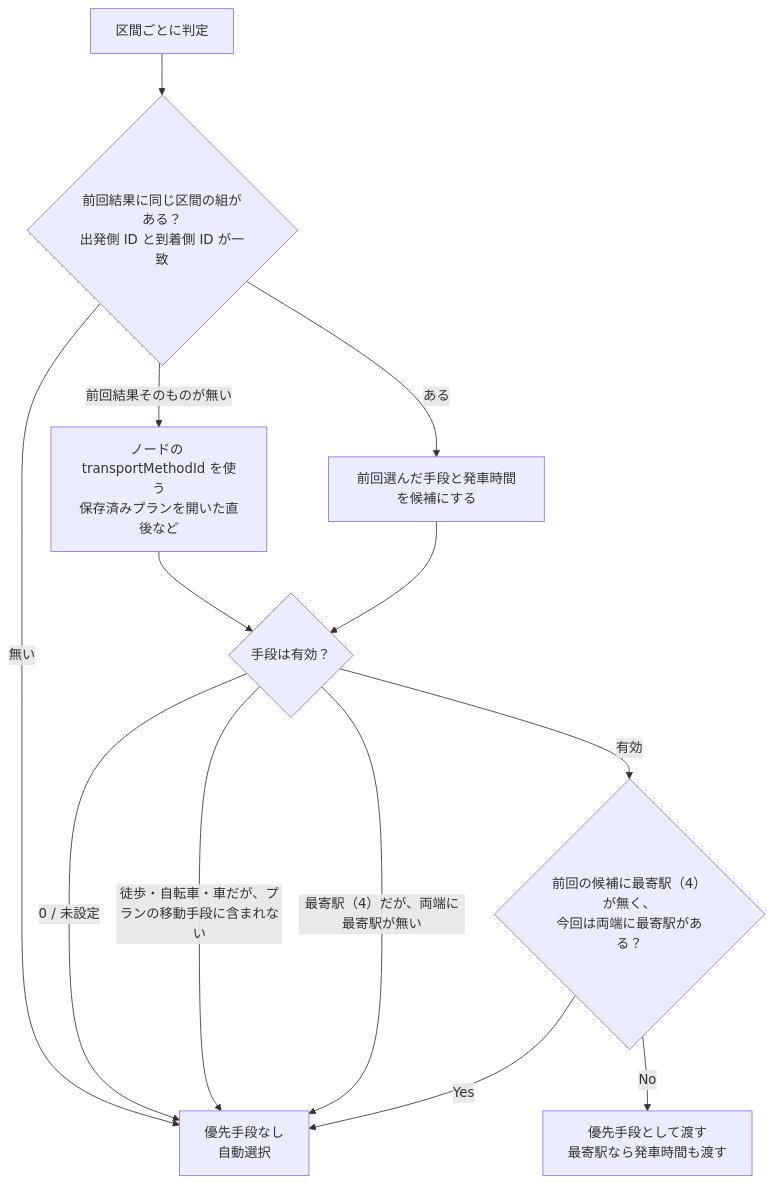
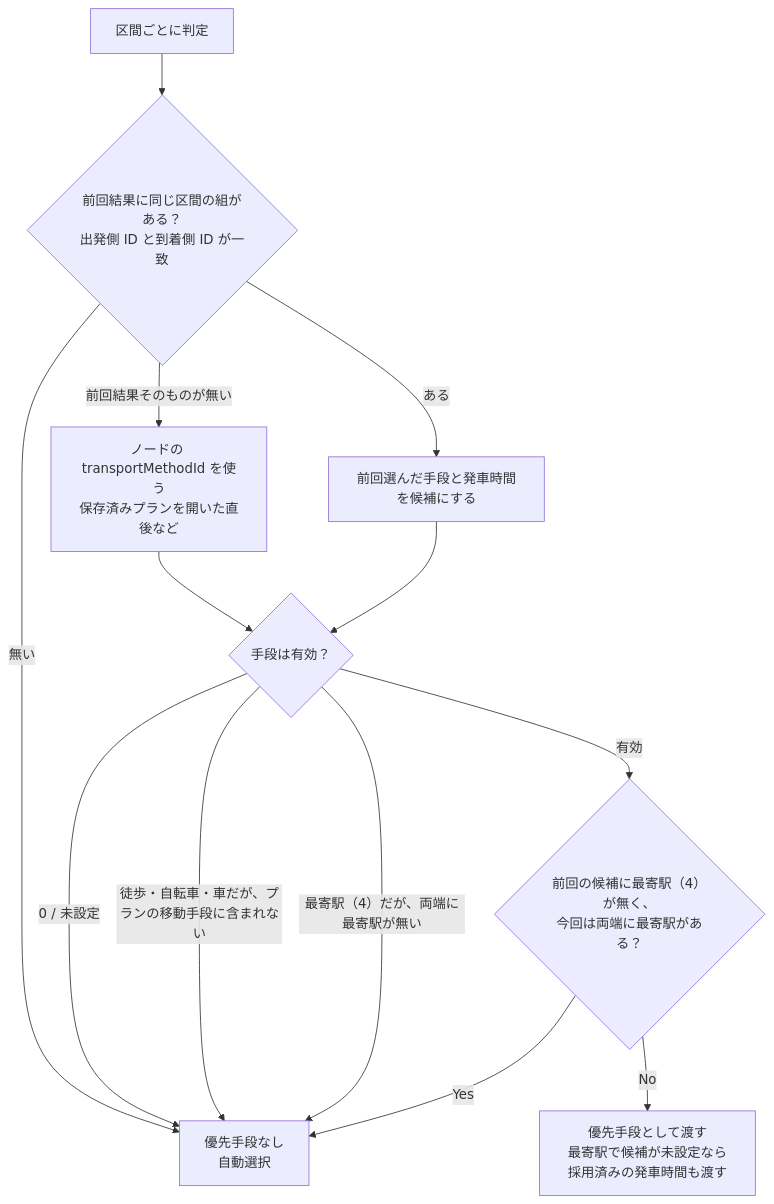
One commit to ju-ki/moptabi changed the third of 4 diagrams in docs/tasks/No.388_プランニング処理フロー.md. Above: the diagram before and after it, drawn with Mermaid. The commit also changed other lines of this file and 3 other files, not shown here.

````diff
--- a/docs/tasks/No.388_プランニング処理フロー.md
+++ b/docs/tasks/No.388_プランニング処理フロー.md
@@ -67,15 +67,15 @@
 ```mermaid
 flowchart TD
   A["区間ごとに判定"] --> B{"前回結果に同じ区間の組がある？<br>出発側 ID と到着側 ID が一致"}
   B -- "前回結果そのものが無い" --> B2["ノードの transportMethodId を使う<br>保存済みプランを開いた直後など"]
   B -- 無い --> X["優先手段なし<br>自動選択"]
   B -- ある --> C["前回選んだ手段と発車時間を候補にする"]
   B2 --> D
   C --> D{"手段は有効？"}
   D -- "0 / 未設定" --> X
   D -- "徒歩・自転車・車だが、プランの移動手段に含まれない" --> X
   D -- "最寄駅（4）だが、両端に最寄駅が無い" --> X
   D -- 有効 --> E{"前回の候補に最寄駅（4）が無く、<br>今回は両端に最寄駅がある？"}
   E -- Yes --> X
-  E -- No --> Y["優先手段として渡す<br>最寄駅なら発車時間も渡す"]
+  E -- No --> Y["優先手段として渡す<br>最寄駅で候補が未設定なら採用済みの発車時間も渡す"]
 ```
````
